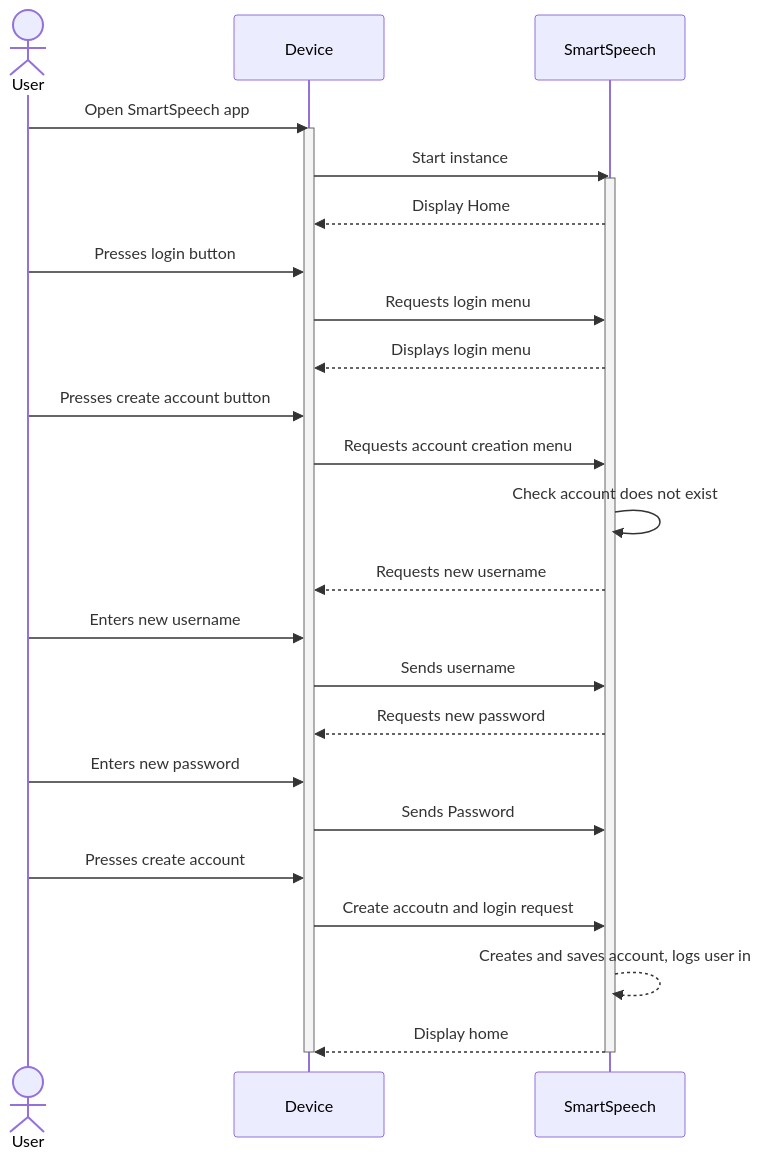
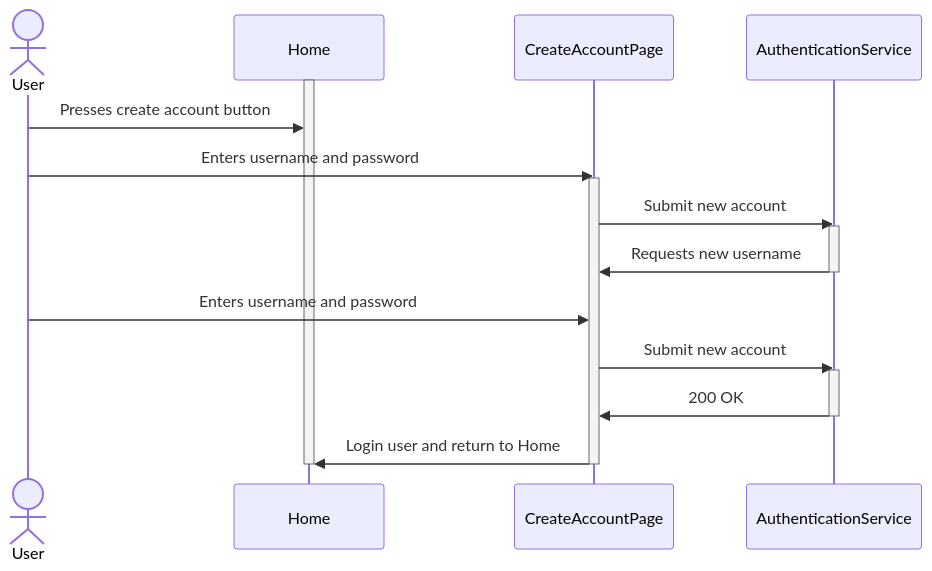
The seventh of 9 diagrams in documentation/docs/system-architecture/SequenceDiagrams.md (Capstone-Projects-2023-Fall/project-smartspeech), drawn with Mermaid before and after one commit. The commit also changed other lines of this file, not shown here.

Commit message:
Update sequence diagrams based on feedback

````diff
--- a/documentation/docs/system-architecture/SequenceDiagrams.md
+++ b/documentation/docs/system-architecture/SequenceDiagrams.md
@@ -321,33 +319,30 @@
 ```mermaid
 sequenceDiagram
     actor U as User
-    participant D as Device
-    participant S as SmartSpeech
+    participant H as Home
+    participant CA as CreateAccountPage
+    participant A as AuthenticationService
 
-    U->>D: Open SmartSpeech app
-    activate D
-    D->>S: Start instance
-    activate S
-    S-->>D: Display Home
-    U->>D: Presses login button
-    D->>S: Requests login menu
-    S-->>D: Displays login menu
-    U->>D: Presses create account button
-    D->>S: Requests account creation menu
-    S->>S: Check account does not exist
+    activate H
+
+    U->>H: Presses create account button
     
-    S-->>D: Requests new username
-    U->>D: Enters new username
-    D->>S: Sends username
-    S-->>D: Requests new password
-    U->>D: Enters new password
-    D->>S: Sends Password
-    U->>D: Presses create account
-    D->>S: Create accoutn and login request
-    S-->>S: Creates and saves account, logs user in
-    S-->>D: Display home
-    
+    U->>CA: Enters username and password
+    activate CA
 
-    deactivate D
-    deactivate S
+    CA->>A: Submit new account
+    activate A
+    A->>CA: Requests new username
+    deactivate A
+    U->>CA: Enters username and password
+
+    CA->>A: Submit new account
+    activate A
+    A->>CA: 200 OK
+    deactivate A
+
+    CA->>H: Login user and return to Home
+    deactivate CA
+
+    deactivate H
 ```
````
